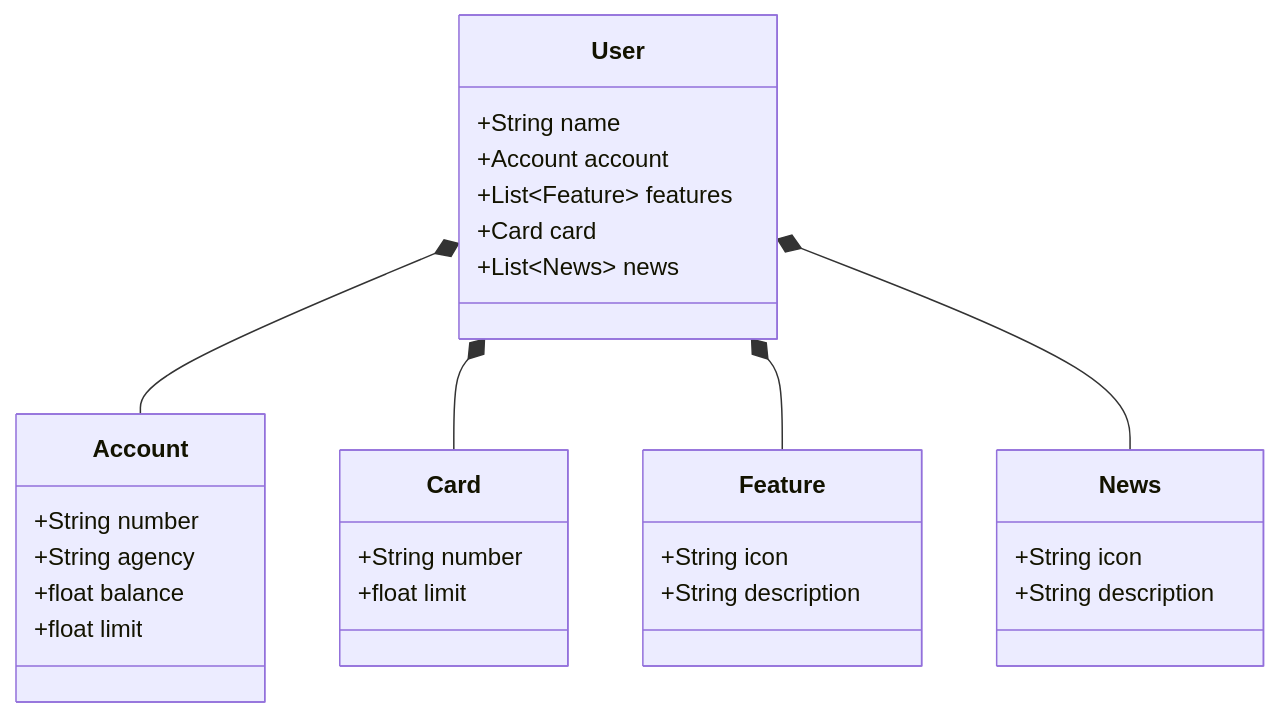
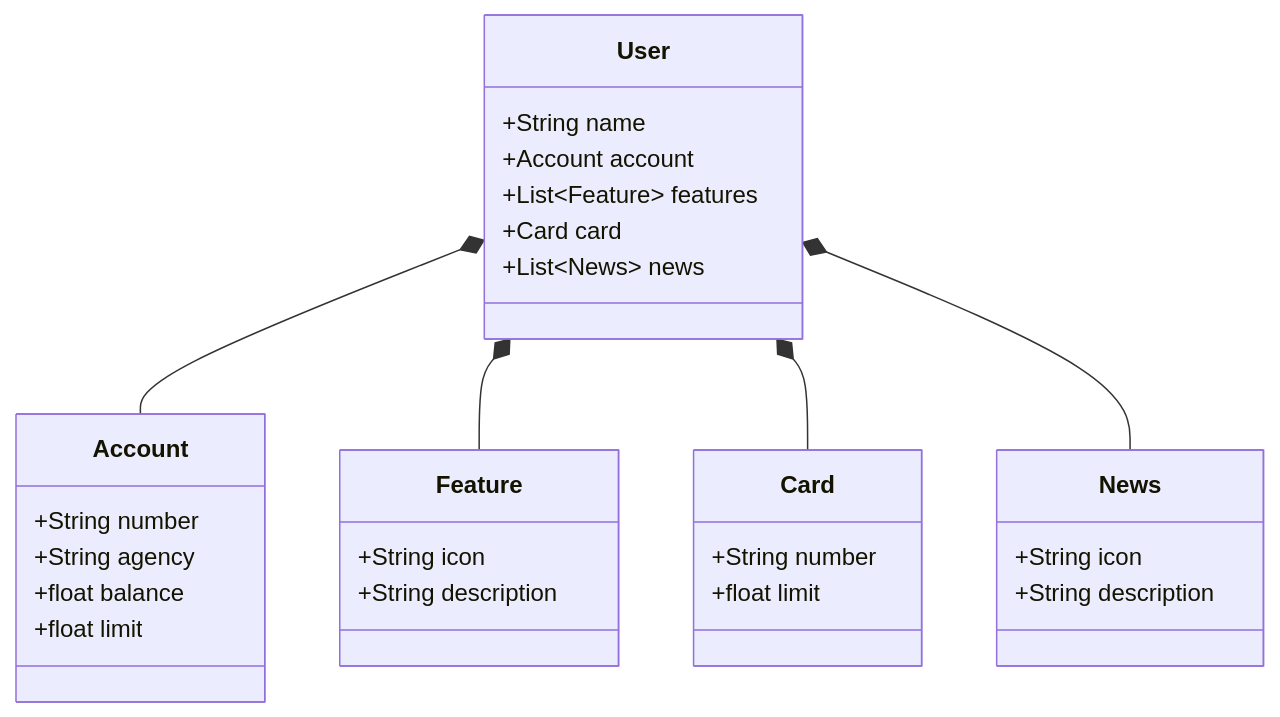
One commit to kauannlima/santander-dev-week changed the diagram in README.md. Above: the diagram before and after it, drawn with Mermaid. The commit also changed other lines of this file, not shown here.

````diff
--- a/README.md
+++ b/README.md
@@ -6,39 +6,39 @@
 ```mermaid
 classDiagram
     class User {
         +String name
         +Account account
         +List~Feature~ features
         +Card card
         +List~News~ news
     }
 
     class Account {
         +String number
         +String agency
         +float balance
         +float limit
     }
     class Feature {
         +String icon
         +String description
     }
 
     class Card {
         +String number
         +float limit
     }
 
 
 
     class News {
         +String icon
         +String description
     }
 
     User *-- Account
+    User *-- Feature
     User *-- Card
-    User *-- Feature
     User *-- News
 
 ```
````
